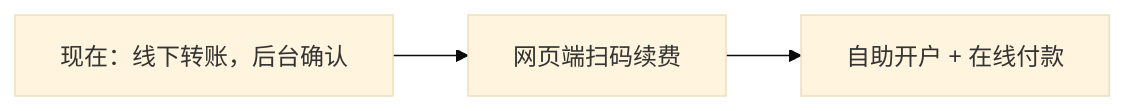
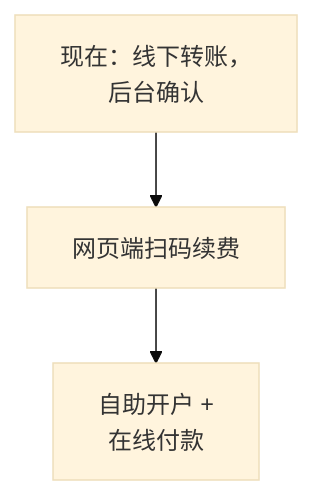
One commit to jarvis-pro/hatch-shelf changed the diagram in books/pricing-monetization/08-case-hatch-counter.md. Above: the diagram before and after it, drawn with Mermaid (base theme). The commit also changed 432 other files, not shown here.

````diff
--- a/books/pricing-monetization/08-case-hatch-counter.md
+++ b/books/pricing-monetization/08-case-hatch-counter.md
@@ -124,5 +124,5 @@
 ```mermaid
-flowchart LR
-  A["现在：线下转账，后台确认"] --> B["网页端扫码续费"]
-  B --> C["自助开户 + 在线付款"]
+flowchart TD
+  A["现在：线下转账，<br/>后台确认"] --> B["网页端扫码续费"]
+  B --> C["自助开户 +<br/>在线付款"]
 ```
````
